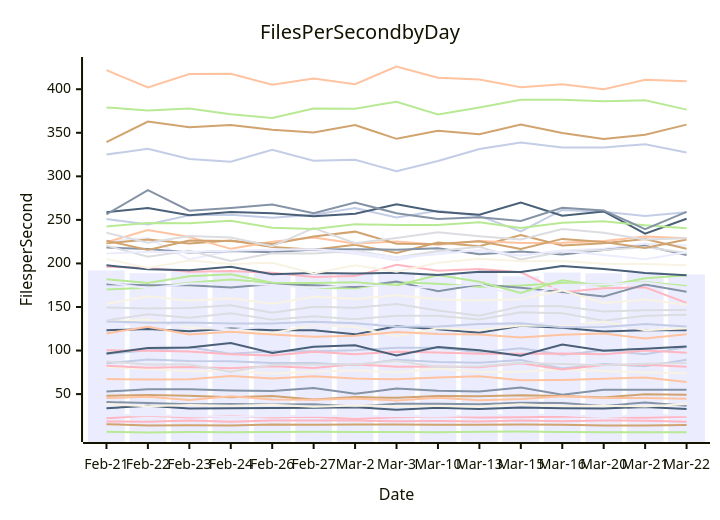
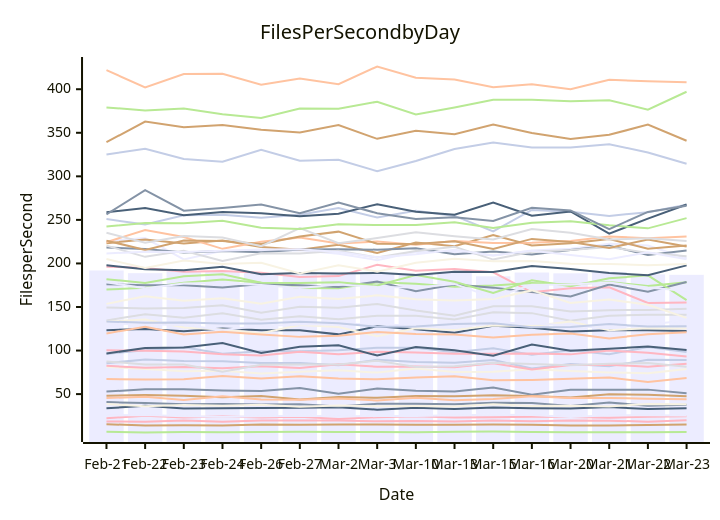
The diagram in perf-report.md (streetsidesoftware/cspell), drawn with Mermaid before and after one commit. The commit also changed other lines of this file and 2 other files, not shown here.

````diff
--- a/perf-report.md
+++ b/perf-report.md
@@ -11,57 +11,57 @@
 ```mermaid
 xychart-beta
     title Files Per Second by Day
     y-axis Files per Second
-    x-axis Date [Feb-21, Feb-22, Feb-23, Feb-24, Feb-26, Feb-27, Mar-2, Mar-3, Mar-10, Mar-13, Mar-15, Mar-16, Mar-20, Mar-21, Mar-22]
-    bar [191.93, 188.84, 190.95, 190.14, 188.86, 187.47, 189.15, 187.99, 188.38, 189.98, 185.21, 189.57, 188.63, 189.87, 187.45]
-    line [52.87, 55.45, 55.44, 54.09, 53.55, 56.91, 50.34, 56.33, 53.77, 52.96, 57.64, 49.40, 55.01, 55.07, 55.14]
-    line [67.31, 66.82, 66.94, 70.88, 67.89, 70.56, 67.78, 66.98, 69.18, 70.51, 65.83, 66.30, 67.73, 68.98, 63.91]
-    line [134.61, 141.79, 137.76, 142.75, 135.42, 139.26, 136.06, 139.99, 140.01, 135.63, 143.93, 142.95, 134.36, 139.82, 141.15]
-    line [379.15, 375.70, 377.89, 371.33, 366.95, 377.92, 377.66, 385.69, 370.91, 378.91, 387.90, 387.80, 386.06, 387.41, 376.59]
-    line [48.18, 49.05, 48.06, 46.41, 47.91, 43.77, 46.60, 45.68, 47.70, 47.47, 48.64, 47.90, 46.22, 49.72, 49.15]
-    line [96.15, 100.38, 103.85, 96.33, 99.09, 99.19, 100.48, 103.18, 103.33, 98.05, 102.55, 95.32, 100.34, 95.68, 103.94]
-    line [22.32, 25.16, 23.04, 24.66, 23.19, 24.07, 21.50, 23.56, 24.56, 23.16, 23.57, 24.07, 23.83, 22.72, 24.07]
-    line [33.66, 36.75, 33.50, 33.75, 33.98, 34.43, 34.99, 32.10, 34.36, 33.03, 34.53, 33.80, 33.49, 35.23, 32.80]
-    line [81.29, 78.95, 76.37, 76.80, 73.75, 75.77, 77.40, 74.68, 79.36, 75.39, 75.58, 78.40, 76.58, 74.92, 73.83]
-    line [225.56, 229.20, 204.56, 214.62, 214.22, 215.21, 211.23, 203.79, 213.30, 213.00, 209.05, 214.75, 216.78, 222.67, 220.47]
-    line [40.82, 39.75, 38.29, 38.55, 38.02, 38.35, 35.65, 38.90, 38.99, 38.46, 40.13, 39.77, 36.42, 40.38, 36.50]
-    line [45.50, 46.89, 43.13, 47.48, 43.86, 43.58, 44.95, 42.68, 45.79, 43.00, 44.30, 47.55, 45.42, 45.55, 44.76]
-    line [149.55, 148.15, 148.90, 152.11, 143.30, 150.41, 149.07, 153.47, 146.06, 140.05, 150.95, 150.81, 144.94, 146.39, 146.52]
-    line [6.67, 5.92, 6.38, 6.30, 6.44, 6.78, 6.62, 6.55, 6.32, 6.79, 7.12, 6.59, 6.35, 6.19, 6.26]
-    line [223.30, 227.37, 223.02, 226.36, 218.81, 215.75, 221.50, 212.02, 224.11, 219.75, 232.68, 220.52, 223.12, 228.15, 216.79]
-    line [85.47, 89.64, 87.93, 87.72, 85.68, 85.69, 83.26, 89.40, 86.73, 86.09, 89.20, 79.46, 84.64, 82.02, 89.37]
-    line [196.29, 194.82, 190.50, 191.36, 189.34, 184.31, 185.47, 198.42, 191.68, 193.62, 189.84, 166.89, 171.60, 172.56, 154.71]
-    line [123.36, 124.67, 122.06, 125.40, 123.31, 123.27, 118.58, 127.90, 124.38, 120.45, 128.40, 126.26, 121.85, 123.29, 123.31]
-    line [133.27, 135.57, 126.55, 124.20, 119.96, 129.35, 126.96, 116.50, 125.61, 123.50, 128.64, 128.22, 133.34, 123.28, 125.66]
-    line [131.04, 130.26, 129.44, 123.58, 128.31, 129.87, 130.27, 130.71, 127.81, 125.76, 132.01, 131.14, 128.67, 125.67, 130.11]
-    line [218.19, 216.61, 212.54, 214.33, 212.86, 215.99, 216.40, 215.81, 217.40, 210.64, 213.63, 210.38, 215.44, 220.20, 209.66]
-    line [224.47, 238.32, 230.44, 216.76, 225.02, 229.69, 222.82, 225.14, 221.56, 225.82, 223.33, 223.62, 225.78, 230.86, 229.00]
-    line [220.46, 207.58, 214.51, 202.85, 211.79, 211.44, 214.66, 206.78, 214.22, 219.20, 204.44, 213.42, 215.32, 218.95, 211.96]
-    line [170.09, 171.99, 177.77, 181.65, 177.93, 171.71, 171.61, 178.31, 176.56, 173.19, 174.63, 177.66, 175.92, 178.79, 174.01]
-    line [226.17, 215.58, 226.36, 225.70, 222.46, 230.96, 236.51, 222.64, 222.38, 225.56, 216.60, 228.18, 224.68, 217.69, 227.52]
-    line [250.90, 244.70, 255.35, 256.03, 252.54, 255.82, 263.63, 252.65, 260.43, 254.55, 236.73, 261.47, 259.22, 254.59, 258.80]
-    line [82.42, 80.37, 81.15, 79.72, 81.93, 80.10, 84.29, 81.35, 81.66, 80.93, 85.41, 78.19, 83.51, 83.81, 81.43]
-    line [258.83, 263.71, 255.40, 259.16, 257.65, 254.22, 257.02, 267.92, 259.39, 256.02, 269.97, 254.79, 259.65, 234.19, 251.38]
-    line [38.51, 36.10, 37.37, 36.52, 37.66, 35.60, 37.02, 36.08, 36.38, 35.91, 38.37, 36.25, 36.61, 35.87, 38.67]
-    line [211.55, 213.31, 213.15, 214.61, 215.98, 216.39, 213.20, 207.00, 210.46, 215.67, 209.05, 214.60, 209.59, 204.82, 212.94]
-    line [176.10, 175.03, 175.02, 172.48, 176.50, 175.06, 173.05, 179.29, 168.17, 175.84, 172.23, 167.20, 162.09, 175.73, 167.53]
-    line [421.85, 402.15, 417.55, 417.69, 405.05, 412.32, 405.86, 426.09, 413.29, 411.20, 402.18, 405.65, 399.88, 410.92, 409.10]
-    line [235.21, 223.87, 231.37, 229.84, 219.75, 240.64, 223.28, 229.19, 235.85, 231.18, 227.46, 239.47, 235.22, 227.41, 228.79]
-    line [242.45, 246.48, 246.10, 248.98, 240.98, 239.52, 244.96, 243.99, 244.22, 247.23, 240.74, 246.80, 248.37, 243.77, 240.29]
-    line [15.41, 14.08, 14.28, 13.96, 14.98, 14.69, 15.09, 15.05, 14.93, 14.92, 15.23, 14.84, 14.06, 13.99, 14.45]
-    line [133.46, 131.83, 132.27, 131.01, 131.00, 133.00, 131.45, 127.22, 127.60, 130.54, 131.20, 126.76, 126.98, 130.36, 127.52]
-    line [100.27, 99.76, 98.90, 95.69, 94.30, 98.50, 95.82, 98.55, 97.82, 96.22, 96.21, 96.60, 95.61, 100.00, 97.34]
-    line [96.66, 102.79, 103.56, 108.60, 97.11, 104.32, 106.04, 94.30, 104.19, 100.36, 94.07, 106.95, 99.82, 102.15, 104.63]
-    line [153.59, 162.30, 157.06, 159.96, 153.79, 161.66, 159.28, 163.36, 159.01, 157.48, 159.10, 169.05, 154.54, 158.47, 152.54]
-    line [25.65, 25.87, 24.49, 24.03, 24.62, 25.06, 24.45, 24.76, 24.74, 25.60, 26.18, 25.98, 23.83, 25.61, 25.64]
-    line [256.27, 284.25, 260.54, 263.62, 267.57, 257.62, 270.01, 257.62, 250.97, 253.10, 248.68, 263.99, 260.91, 239.46, 259.16]
-    line [119.61, 127.43, 118.55, 121.57, 118.53, 115.70, 116.93, 121.24, 118.95, 118.40, 114.99, 118.14, 119.47, 113.95, 118.70]
-    line [87.47, 84.08, 83.91, 75.76, 83.59, 84.08, 83.89, 88.30, 81.02, 82.11, 85.90, 84.63, 82.99, 84.87, 85.57]
-    line [181.98, 177.56, 185.31, 187.50, 177.93, 177.54, 178.41, 174.58, 186.65, 179.06, 166.05, 180.55, 173.75, 182.92, 186.30]
-    line [339.22, 362.80, 356.26, 358.85, 353.61, 350.32, 358.90, 343.06, 352.21, 348.39, 359.59, 349.81, 342.75, 347.71, 359.34]
-    line [325.03, 331.76, 320.00, 316.72, 330.45, 317.84, 319.02, 305.87, 317.67, 331.44, 338.69, 332.97, 333.24, 336.87, 327.34]
-    line [18.46, 18.38, 19.68, 18.34, 19.60, 19.60, 19.63, 18.78, 19.22, 18.67, 19.78, 18.71, 19.79, 19.47, 18.35]
-    line [197.80, 193.32, 192.22, 196.28, 187.50, 189.10, 188.54, 189.19, 186.81, 190.52, 190.26, 197.02, 193.75, 189.15, 186.42]
-    line [205.00, 194.87, 203.28, 199.45, 200.84, 188.59, 197.81, 190.62, 200.86, 205.50, 202.63, 202.69, 199.56, 199.40, 197.96]
-    line [178.32, 171.39, 176.96, 177.51, 175.27, 171.69, 175.82, 173.02, 172.27, 176.52, 160.55, 175.49, 175.91, 178.24, 172.29]
+    x-axis Date [Feb-21, Feb-22, Feb-23, Feb-24, Feb-26, Feb-27, Mar-2, Mar-3, Mar-10, Mar-13, Mar-15, Mar-16, Mar-20, Mar-21, Mar-22, Mar-23]
+    bar [191.93, 188.84, 190.95, 190.14, 188.86, 187.47, 189.15, 187.99, 188.38, 189.98, 185.21, 189.57, 188.63, 189.87, 187.45, 186.95]
+    line [52.87, 55.45, 55.44, 54.09, 53.55, 56.91, 50.34, 56.33, 53.77, 52.96, 57.64, 49.40, 55.01, 55.07, 55.14, 50.95]
+    line [67.31, 66.82, 66.94, 70.88, 67.89, 70.56, 67.78, 66.98, 69.18, 70.51, 65.83, 66.30, 67.73, 68.98, 63.91, 68.59]
+    line [134.61, 141.79, 137.76, 142.75, 135.42, 139.26, 136.06, 139.99, 140.01, 135.63, 143.93, 142.95, 134.36, 139.82, 141.15, 141.03]
+    line [379.15, 375.70, 377.89, 371.33, 366.95, 377.92, 377.66, 385.69, 370.91, 378.91, 387.90, 387.80, 386.06, 387.41, 376.59, 397.14]
+    line [48.18, 49.05, 48.06, 46.41, 47.91, 43.77, 46.60, 45.68, 47.70, 47.47, 48.64, 47.90, 46.22, 49.72, 49.15, 47.48]
+    line [96.15, 100.38, 103.85, 96.33, 99.09, 99.19, 100.48, 103.18, 103.33, 98.05, 102.55, 95.32, 100.34, 95.68, 103.94, 98.23]
+    line [22.32, 25.16, 23.04, 24.66, 23.19, 24.07, 21.50, 23.56, 24.56, 23.16, 23.57, 24.07, 23.83, 22.72, 24.07, 24.66]
+    line [33.66, 36.75, 33.50, 33.75, 33.98, 34.43, 34.99, 32.10, 34.36, 33.03, 34.53, 33.80, 33.49, 35.23, 32.80, 33.79]
+    line [81.29, 78.95, 76.37, 76.80, 73.75, 75.77, 77.40, 74.68, 79.36, 75.39, 75.58, 78.40, 76.58, 74.92, 73.83, 78.70]
+    line [225.56, 229.20, 204.56, 214.62, 214.22, 215.21, 211.23, 203.79, 213.30, 213.00, 209.05, 214.75, 216.78, 222.67, 220.47, 205.90]
+    line [40.82, 39.75, 38.29, 38.55, 38.02, 38.35, 35.65, 38.90, 38.99, 38.46, 40.13, 39.77, 36.42, 40.38, 36.50, 37.70]
+    line [45.50, 46.89, 43.13, 47.48, 43.86, 43.58, 44.95, 42.68, 45.79, 43.00, 44.30, 47.55, 45.42, 45.55, 44.76, 44.00]
+    line [149.55, 148.15, 148.90, 152.11, 143.30, 150.41, 149.07, 153.47, 146.06, 140.05, 150.95, 150.81, 144.94, 146.39, 146.52, 148.03]
+    line [6.67, 5.92, 6.38, 6.30, 6.44, 6.78, 6.62, 6.55, 6.32, 6.79, 7.12, 6.59, 6.35, 6.19, 6.26, 6.45]
+    line [223.30, 227.37, 223.02, 226.36, 218.81, 215.75, 221.50, 212.02, 224.11, 219.75, 232.68, 220.52, 223.12, 228.15, 216.79, 220.65]
+    line [85.47, 89.64, 87.93, 87.72, 85.68, 85.69, 83.26, 89.40, 86.73, 86.09, 89.20, 79.46, 84.64, 82.02, 89.37, 89.16]
+    line [196.29, 194.82, 190.50, 191.36, 189.34, 184.31, 185.47, 198.42, 191.68, 193.62, 189.84, 166.89, 171.60, 172.56, 154.71, 155.19]
+    line [123.36, 124.67, 122.06, 125.40, 123.31, 123.27, 118.58, 127.90, 124.38, 120.45, 128.40, 126.26, 121.85, 123.29, 123.31, 122.41]
+    line [133.27, 135.57, 126.55, 124.20, 119.96, 129.35, 126.96, 116.50, 125.61, 123.50, 128.64, 128.22, 133.34, 123.28, 125.66, 125.22]
+    line [131.04, 130.26, 129.44, 123.58, 128.31, 129.87, 130.27, 130.71, 127.81, 125.76, 132.01, 131.14, 128.67, 125.67, 130.11, 134.27]
+    line [218.19, 216.61, 212.54, 214.33, 212.86, 215.99, 216.40, 215.81, 217.40, 210.64, 213.63, 210.38, 215.44, 220.20, 209.66, 214.84]
+    line [224.47, 238.32, 230.44, 216.76, 225.02, 229.69, 222.82, 225.14, 221.56, 225.82, 223.33, 223.62, 225.78, 230.86, 229.00, 231.00]
+    line [220.46, 207.58, 214.51, 202.85, 211.79, 211.44, 214.66, 206.78, 214.22, 219.20, 204.44, 213.42, 215.32, 218.95, 211.96, 208.20]
+    line [170.09, 171.99, 177.77, 181.65, 177.93, 171.71, 171.61, 178.31, 176.56, 173.19, 174.63, 177.66, 175.92, 178.79, 174.01, 178.28]
+    line [226.17, 215.58, 226.36, 225.70, 222.46, 230.96, 236.51, 222.64, 222.38, 225.56, 216.60, 228.18, 224.68, 217.69, 227.52, 219.45]
+    line [250.90, 244.70, 255.35, 256.03, 252.54, 255.82, 263.63, 252.65, 260.43, 254.55, 236.73, 261.47, 259.22, 254.59, 258.80, 267.49]
+    line [82.42, 80.37, 81.15, 79.72, 81.93, 80.10, 84.29, 81.35, 81.66, 80.93, 85.41, 78.19, 83.51, 83.81, 81.43, 84.98]
+    line [258.83, 263.71, 255.40, 259.16, 257.65, 254.22, 257.02, 267.92, 259.39, 256.02, 269.97, 254.79, 259.65, 234.19, 251.38, 267.70]
+    line [38.51, 36.10, 37.37, 36.52, 37.66, 35.60, 37.02, 36.08, 36.38, 35.91, 38.37, 36.25, 36.61, 35.87, 38.67, 38.30]
+    line [211.55, 213.31, 213.15, 214.61, 215.98, 216.39, 213.20, 207.00, 210.46, 215.67, 209.05, 214.60, 209.59, 204.82, 212.94, 204.75]
+    line [176.10, 175.03, 175.02, 172.48, 176.50, 175.06, 173.05, 179.29, 168.17, 175.84, 172.23, 167.20, 162.09, 175.73, 167.53, 178.64]
+    line [421.85, 402.15, 417.55, 417.69, 405.05, 412.32, 405.86, 426.09, 413.29, 411.20, 402.18, 405.65, 399.88, 410.92, 409.10, 407.91]
+    line [235.21, 223.87, 231.37, 229.84, 219.75, 240.64, 223.28, 229.19, 235.85, 231.18, 227.46, 239.47, 235.22, 227.41, 228.79, 225.69]
+    line [242.45, 246.48, 246.10, 248.98, 240.98, 239.52, 244.96, 243.99, 244.22, 247.23, 240.74, 246.80, 248.37, 243.77, 240.29, 252.03]
+    line [15.41, 14.08, 14.28, 13.96, 14.98, 14.69, 15.09, 15.05, 14.93, 14.92, 15.23, 14.84, 14.06, 13.99, 14.45, 15.22]
+    line [133.46, 131.83, 132.27, 131.01, 131.00, 133.00, 131.45, 127.22, 127.60, 130.54, 131.20, 126.76, 126.98, 130.36, 127.52, 127.95]
+    line [100.27, 99.76, 98.90, 95.69, 94.30, 98.50, 95.82, 98.55, 97.82, 96.22, 96.21, 96.60, 95.61, 100.00, 97.34, 93.30]
+    line [96.66, 102.79, 103.56, 108.60, 97.11, 104.32, 106.04, 94.30, 104.19, 100.36, 94.07, 106.95, 99.82, 102.15, 104.63, 100.59]
+    line [153.59, 162.30, 157.06, 159.96, 153.79, 161.66, 159.28, 163.36, 159.01, 157.48, 159.10, 169.05, 154.54, 158.47, 152.54, 137.53]
+    line [25.65, 25.87, 24.49, 24.03, 24.62, 25.06, 24.45, 24.76, 24.74, 25.60, 26.18, 25.98, 23.83, 25.61, 25.64, 25.57]
+    line [256.27, 284.25, 260.54, 263.62, 267.57, 257.62, 270.01, 257.62, 250.97, 253.10, 248.68, 263.99, 260.91, 239.46, 259.16, 266.11]
+    line [119.61, 127.43, 118.55, 121.57, 118.53, 115.70, 116.93, 121.24, 118.95, 118.40, 114.99, 118.14, 119.47, 113.95, 118.70, 121.09]
+    line [87.47, 84.08, 83.91, 75.76, 83.59, 84.08, 83.89, 88.30, 81.02, 82.11, 85.90, 84.63, 82.99, 84.87, 85.57, 81.50]
+    line [181.98, 177.56, 185.31, 187.50, 177.93, 177.54, 178.41, 174.58, 186.65, 179.06, 166.05, 180.55, 173.75, 182.92, 186.30, 157.96]
+    line [339.22, 362.80, 356.26, 358.85, 353.61, 350.32, 358.90, 343.06, 352.21, 348.39, 359.59, 349.81, 342.75, 347.71, 359.34, 340.84]
+    line [325.03, 331.76, 320.00, 316.72, 330.45, 317.84, 319.02, 305.87, 317.67, 331.44, 338.69, 332.97, 333.24, 336.87, 327.34, 314.45]
+    line [18.46, 18.38, 19.68, 18.34, 19.60, 19.60, 19.63, 18.78, 19.22, 18.67, 19.78, 18.71, 19.79, 19.47, 18.35, 19.94]
+    line [197.80, 193.32, 192.22, 196.28, 187.50, 189.10, 188.54, 189.19, 186.81, 190.52, 190.26, 197.02, 193.75, 189.15, 186.42, 197.80]
+    line [205.00, 194.87, 203.28, 199.45, 200.84, 188.59, 197.81, 190.62, 200.86, 205.50, 202.63, 202.69, 199.56, 199.40, 197.96, 199.23]
+    line [178.32, 171.39, 176.96, 177.51, 175.27, 171.69, 175.82, 173.02, 172.27, 176.52, 160.55, 175.49, 175.91, 178.24, 172.29, 168.29]
 ```
````
